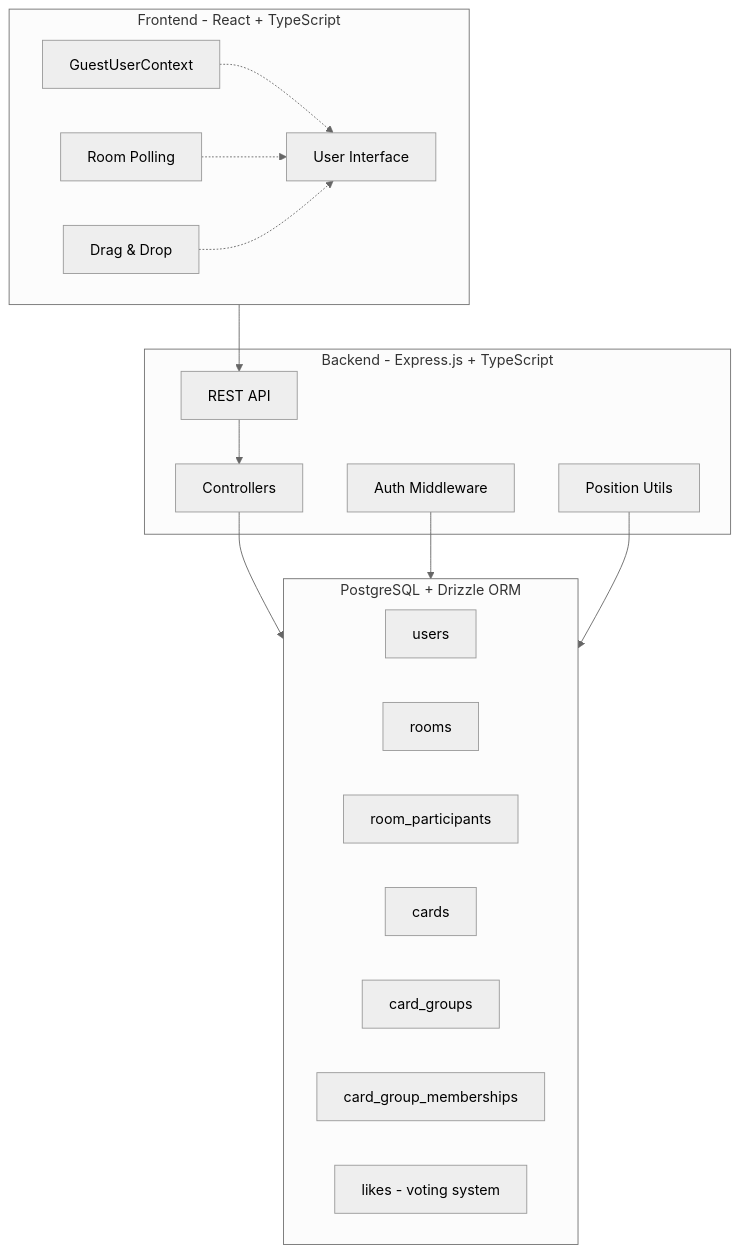
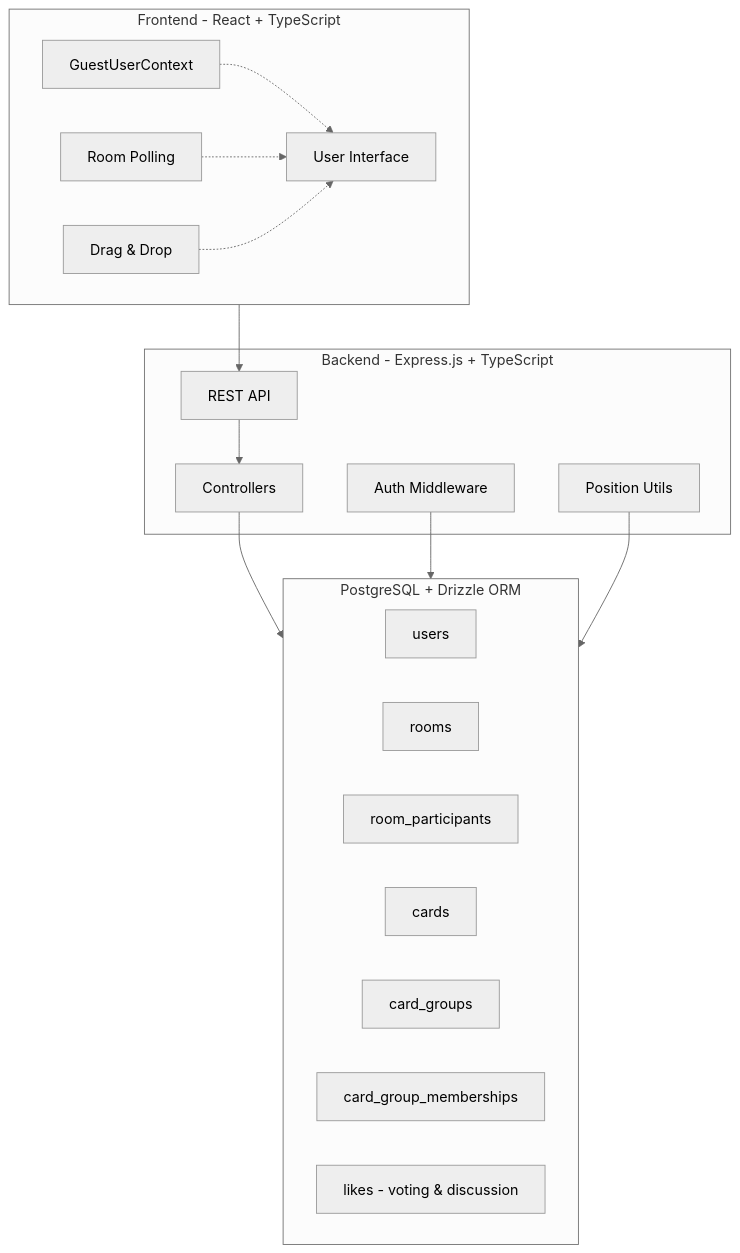
Before and after one commit to WarVDine/yet-another-retro-tool: the diagram in docs/README.md, drawn with Mermaid (neutral theme). The commit also changed other lines of this file and 2 other files, not shown here.

Commit message:
Create documentation for discussion phase

````diff
--- a/docs/README.md
+++ b/docs/README.md
@@ -50,36 +58,36 @@
 ```mermaid
 flowchart TB
     subgraph Frontend [Frontend - React + TypeScript]
         UI[User Interface]
         Auth[GuestUserContext]
         Polling[Room Polling]
         DnD[Drag & Drop]
     end
     
     subgraph Backend [Backend - Express.js + TypeScript]
         API[REST API]
         Controllers[Controllers]
         Middleware[Auth Middleware]
         Utils[Position Utils]
     end
     
     subgraph Database [PostgreSQL + Drizzle ORM]
         Users[users]
         Rooms[rooms]
         Participants[room_participants]
         Cards[cards]
         Groups[card_groups]
         Memberships[card_group_memberships]
-        Likes[likes - voting system]
+        Likes[likes - voting & discussion]
     end
     
     Frontend --> API
     API --> Controllers
     Controllers --> Database
     Middleware --> Database
     Utils --> Database
     
     Auth -.-> UI
     Polling -.-> UI
     DnD -.-> UI
 ```
````
